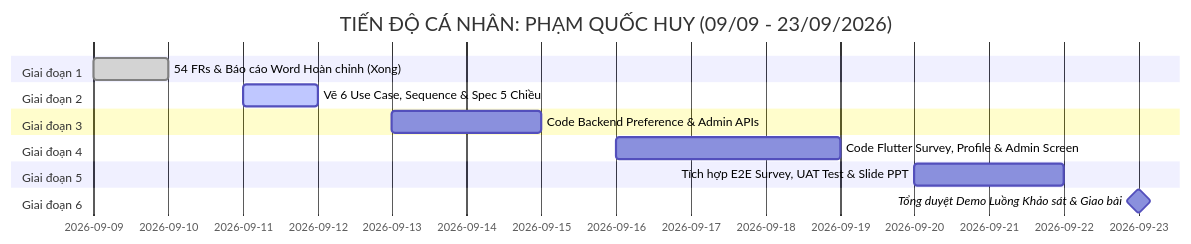
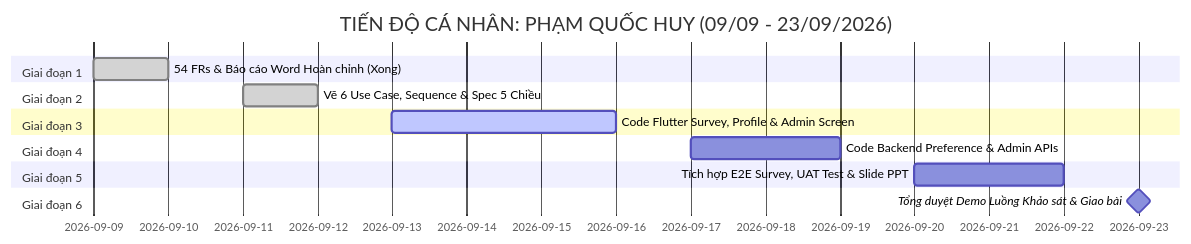
The diagram in TASKS_QUOC_HUY.md (PHamHuy-23/Roomate-and-matching-app), drawn with Mermaid before and after one commit. The commit also changed other lines of this file and 3 other files, not shown here.

````diff
--- a/TASKS_QUOC_HUY.md
+++ b/TASKS_QUOC_HUY.md
@@ -26,17 +27,17 @@
 ```mermaid
 gantt
     title TIẾN ĐỘ CÁ NHÂN: PHẠM QUỐC HUY (09/09 - 23/09/2026)
     dateFormat  YYYY-MM-DD
     section Giai đoạn 1
     54 FRs & Báo cáo Word Hoàn chỉnh (Xong)    :done, qh1, 2026-09-09, 2026-09-10
     section Giai đoạn 2
-    Vẽ 6 Use Case, Sequence & Spec 5 Chiều     :active, qh2, 2026-09-11, 2026-09-12
+    Vẽ 6 Use Case, Sequence & Spec 5 Chiều     :done, qh2, 2026-09-11, 2026-09-12
     section Giai đoạn 3
-    Code Backend Preference & Admin APIs       :qh3, 2026-09-13, 2026-09-15
+    Code Flutter Survey, Profile & Admin Screen:active, qh3, 2026-09-13, 2026-09-16
     section Giai đoạn 4
-    Code Flutter Survey, Profile & Admin Screen:qh4, 2026-09-16, 2026-09-19
+    Code Backend Preference & Admin APIs       :qh4, 2026-09-17, 2026-09-19
     section Giai đoạn 5
     Tích hợp E2E Survey, UAT Test & Slide PPT  :qh5, 2026-09-20, 2026-09-22
     section Giai đoạn 6
     Tổng duyệt Demo Luồng Khảo sát & Giao bài  :milestone, qh6, 2026-09-23, 2026-09-23
 ```
````
